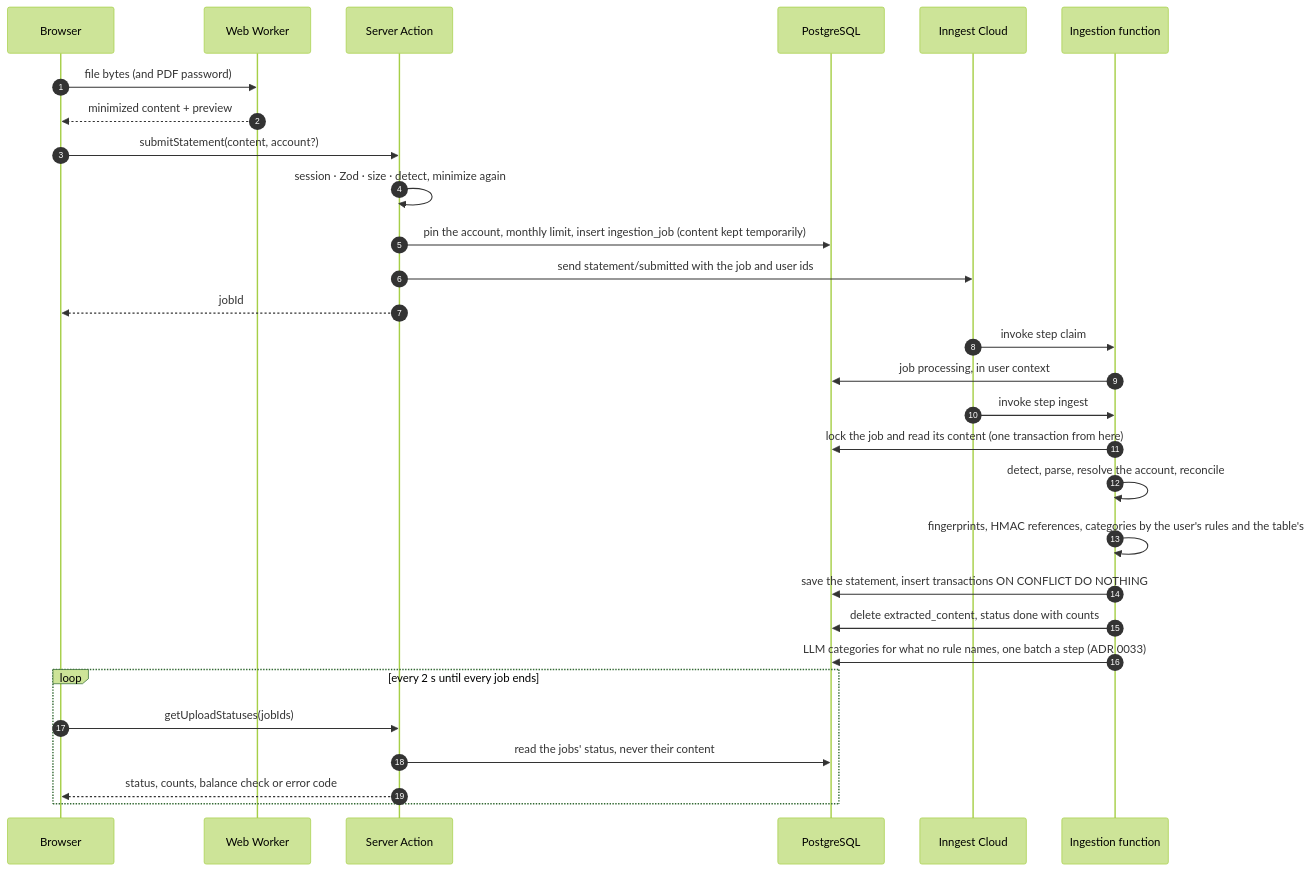
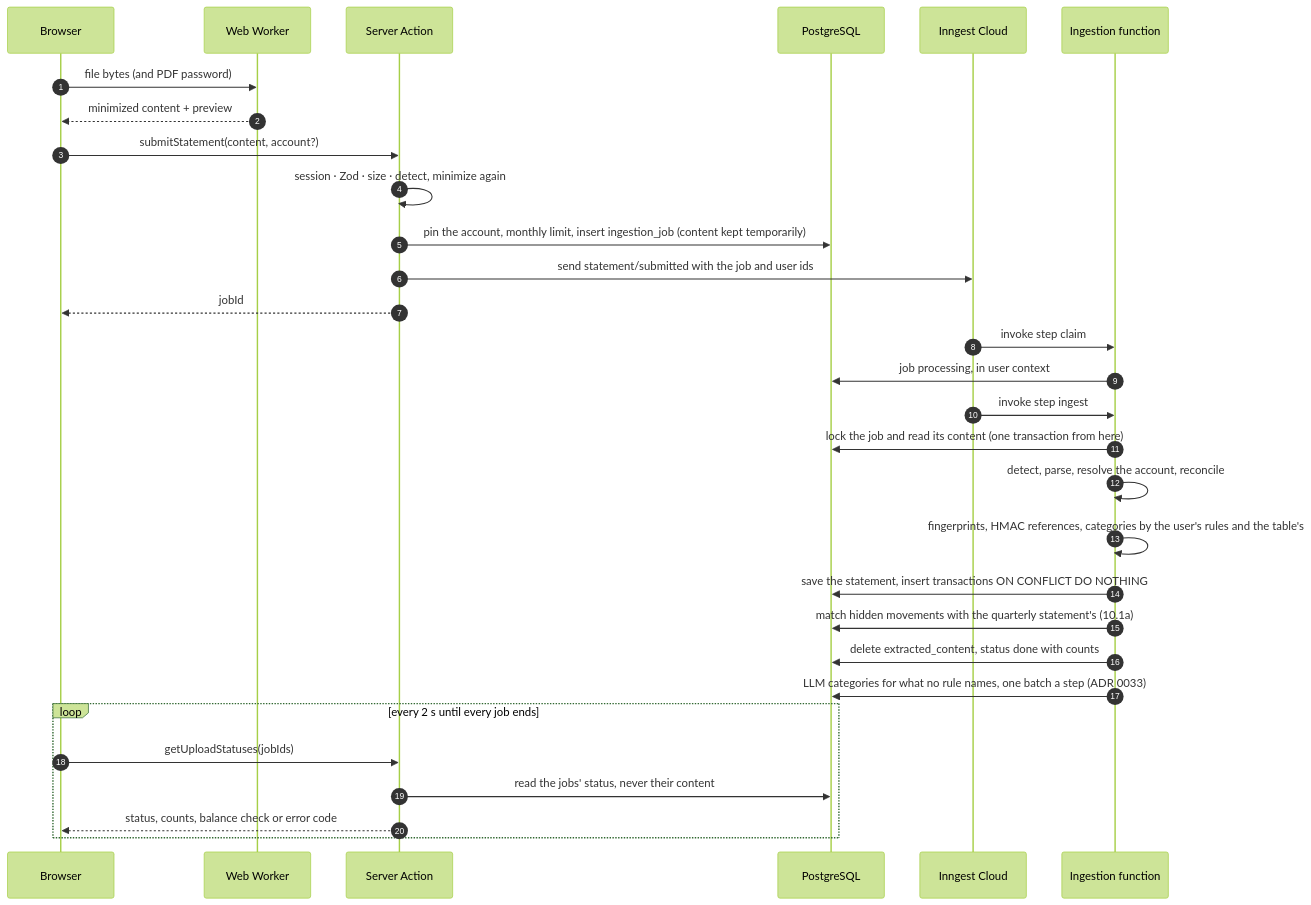
The second of 7 diagrams in docs/ARCHITECTURE.md (ingcarlostello/xtrakto), drawn with Mermaid (forest theme) before and after one commit. The commit also changed other lines of this file and 7 other files, not shown here.

Commit message:
feat(web): match movements across formats when saving a statement

````diff
--- a/docs/ARCHITECTURE.md
+++ b/docs/ARCHITECTURE.md
@@ -98,31 +98,32 @@
 ```mermaid
 sequenceDiagram
     autonumber
     participant B as Browser
     participant W as Web Worker
     participant S as Server Action
     participant DB as PostgreSQL
     participant I as Inngest Cloud
     participant F as Ingestion function
     B->>W: file bytes (and PDF password)
     W-->>B: minimized content + preview
     B->>S: submitStatement(content, account?)
     S->>S: session · Zod · size · detect, minimize again
     S->>DB: pin the account, monthly limit, insert ingestion_job (content kept temporarily)
     S->>I: send statement/submitted with the job and user ids
     S-->>B: jobId
     I->>F: invoke step claim
     F->>DB: job processing, in user context
     I->>F: invoke step ingest
     F->>DB: lock the job and read its content (one transaction from here)
     F->>F: detect, parse, resolve the account, reconcile
     F->>F: fingerprints, HMAC references, categories by the user's rules and the table's
     F->>DB: save the statement, insert transactions ON CONFLICT DO NOTHING
+    F->>DB: match hidden movements with the quarterly statement's (10.1a)
     F->>DB: delete extracted_content, status done with counts
     F->>DB: LLM categories for what no rule names, one batch a step (ADR 0033)
     loop every 2 s until every job ends
         B->>S: getUploadStatuses(jobIds)
         S->>DB: read the jobs' status, never their content
         S-->>B: status, counts, balance check or error code
     end
 ```
````
